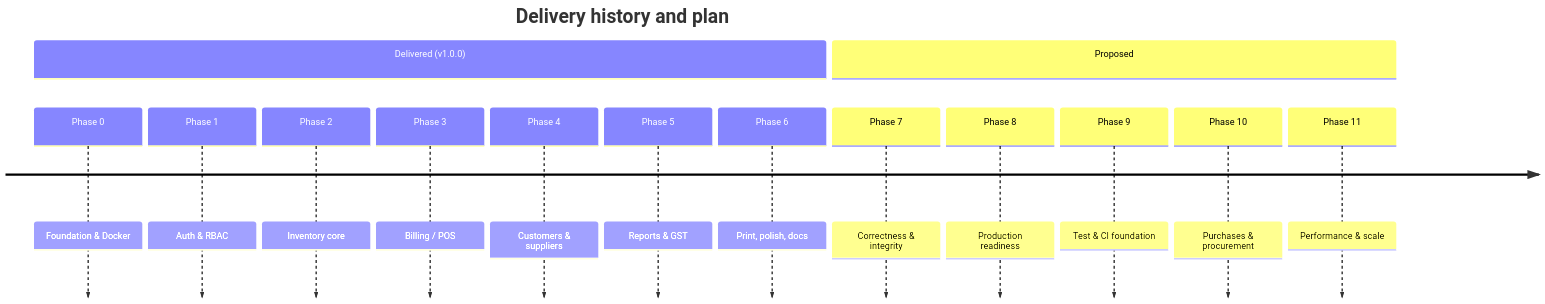
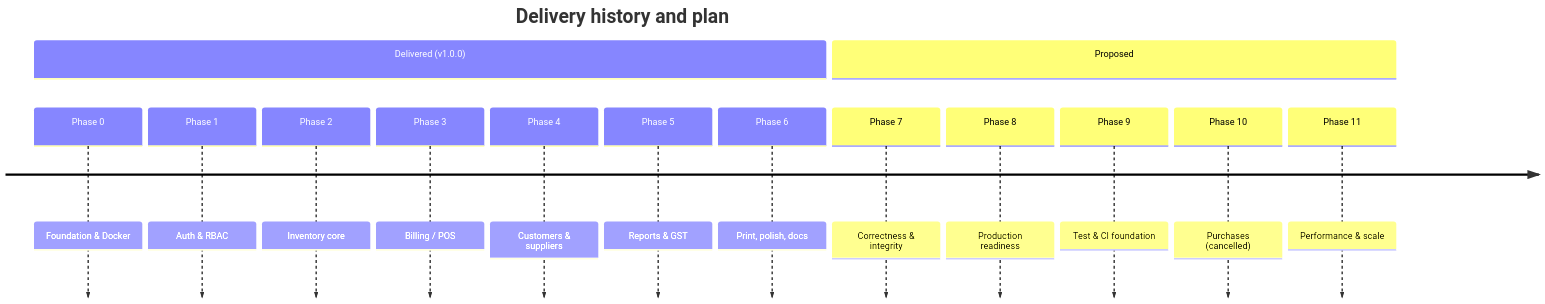
One commit to adarsh0707-kumar/medical-billing changed the first of 2 diagrams in docs/05-roadmap-and-phases.md. Above: the diagram before and after it, drawn with Mermaid. The commit also changed other lines of this file and 7 other files, not shown here.

````diff
--- a/docs/05-roadmap-and-phases.md
+++ b/docs/05-roadmap-and-phases.md
@@ -11,18 +11,18 @@
 ```mermaid
 timeline
     title Delivery history and plan
     section Delivered (v1.0.0)
         Phase 0 : Foundation & Docker
         Phase 1 : Auth & RBAC
         Phase 2 : Inventory core
         Phase 3 : Billing / POS
         Phase 4 : Customers & suppliers
         Phase 5 : Reports & GST
         Phase 6 : Print, polish, docs
     section Proposed
         Phase 7 : Correctness & integrity
         Phase 8 : Production readiness
         Phase 9 : Test & CI foundation
-        Phase 10 : Purchases & procurement
+        Phase 10 : Purchases (cancelled)
         Phase 11 : Performance & scale
 ```
````
